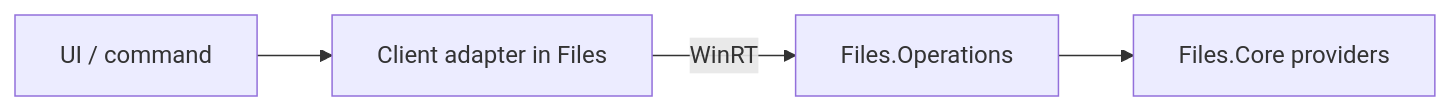
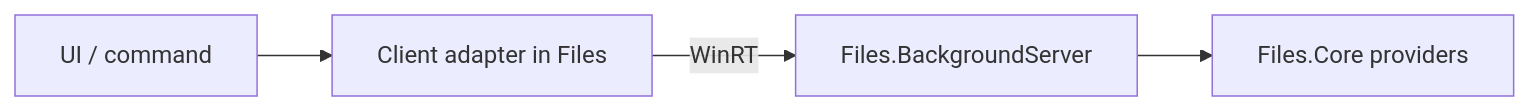
The diagram in docs/architecture/operations.md (0x5bfa/ReFiles), drawn with Mermaid before and after one commit. The commit also changed other lines of this file and 41 other files, not shown here.

Commit message:
Rename operation host to BackgroundServer

````diff
--- a/docs/architecture/operations.md
+++ b/docs/architecture/operations.md
@@ -17,11 +17,11 @@
 ```mermaid
 flowchart LR
     UI[UI / command]
     Client[Client adapter in Files]
-    Host[Files.Operations]
+    Host[Files.BackgroundServer]
     Provider[Files.Core providers]
 
     UI --> Client
     Client -->|WinRT| Host
     Host --> Provider
 ```
````
